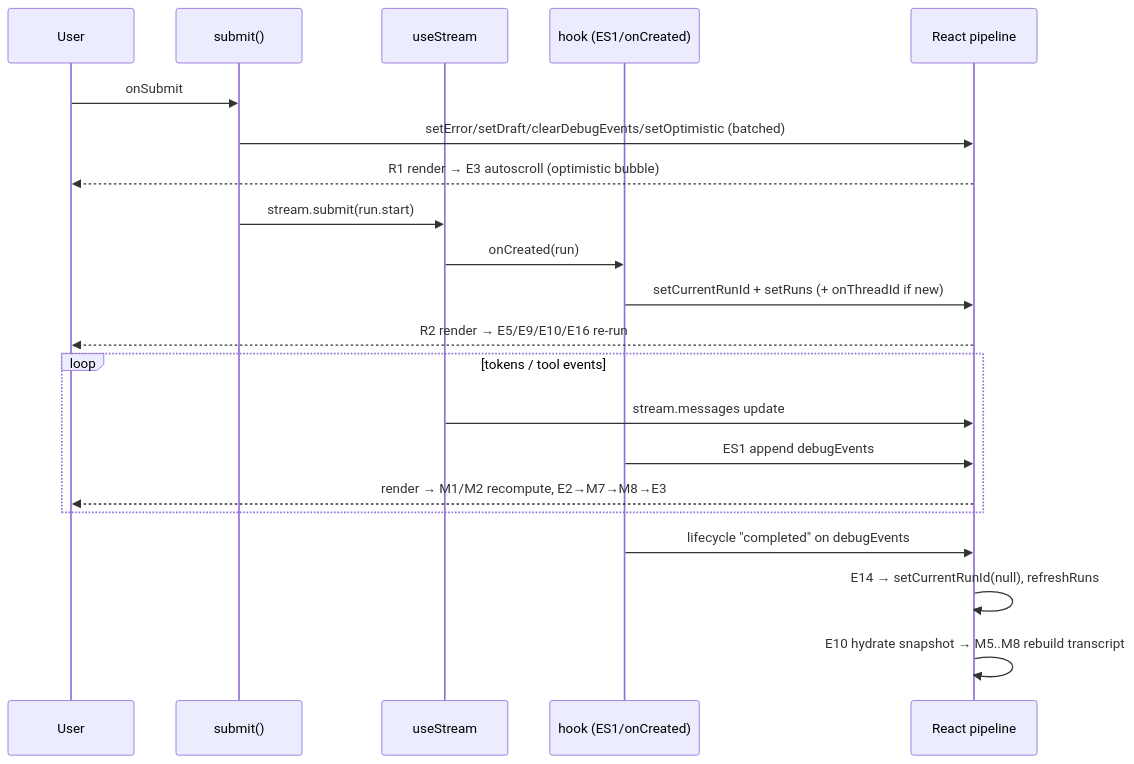
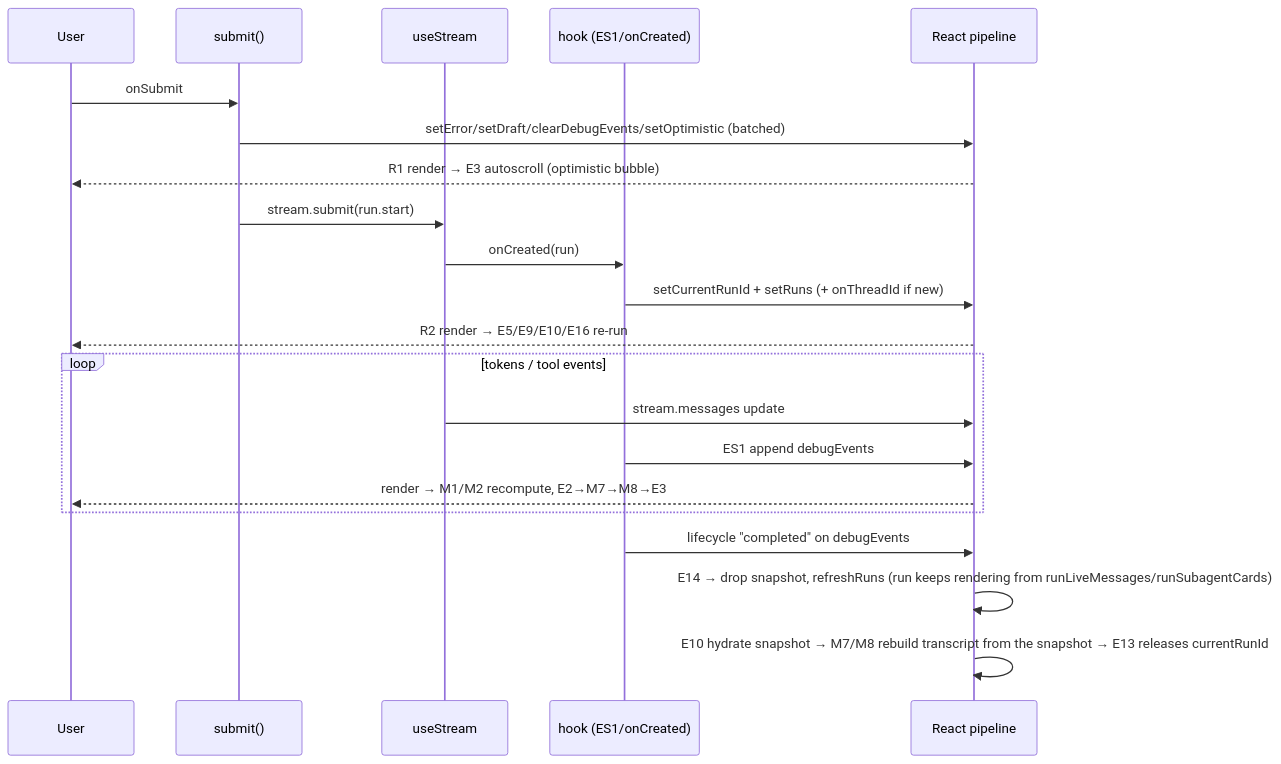
One commit to aa2051995/deep-agent-ga changed the diagram in docs/use-cases/ui/01-start-research-run.md. Above: the diagram before and after it, drawn with Mermaid. The commit also changed other lines of this file and 8 other files, not shown here.

First line of the commit message:
fix(ui): retain a run's subagent cards through the snapshot refetch window

````diff
--- a/docs/use-cases/ui/01-start-research-run.md
+++ b/docs/use-cases/ui/01-start-research-run.md
@@ -77,24 +78,24 @@
 ```mermaid
 sequenceDiagram
     participant U as User
     participant S as submit()
     participant SDK as useStream
     participant H as hook (ES1/onCreated)
     participant R as React pipeline
 
     U->>S: onSubmit
     S->>R: setError/setDraft/clearDebugEvents/setOptimistic (batched)
     R-->>U: R1 render → E3 autoscroll (optimistic bubble)
     S->>SDK: stream.submit(run.start)
     SDK->>H: onCreated(run)
     H->>R: setCurrentRunId + setRuns (+ onThreadId if new)
     R-->>U: R2 render → E5/E9/E10/E16 re-run
     loop tokens / tool events
         SDK->>R: stream.messages update
         H->>R: ES1 append debugEvents
         R-->>U: render → M1/M2 recompute, E2→M7→M8→E3
     end
     H->>R: lifecycle "completed" on debugEvents
-    R->>R: E14 → setCurrentRunId(null), refreshRuns
-    R->>R: E10 hydrate snapshot → M5..M8 rebuild transcript
+    R->>R: E14 → drop snapshot, refreshRuns (run keeps rendering from runLiveMessages/runSubagentCards)
+    R->>R: E10 hydrate snapshot → M7/M8 rebuild transcript from the snapshot → E13 releases currentRunId
 ```
````
